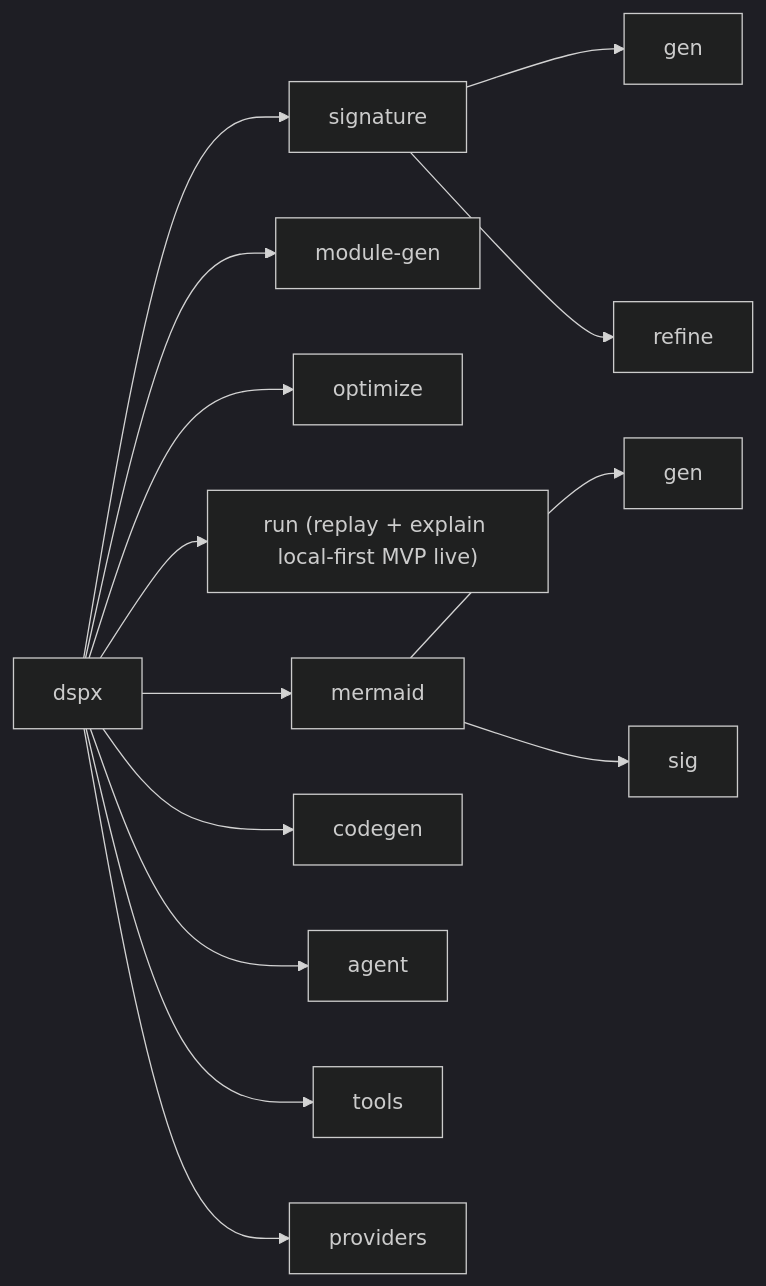
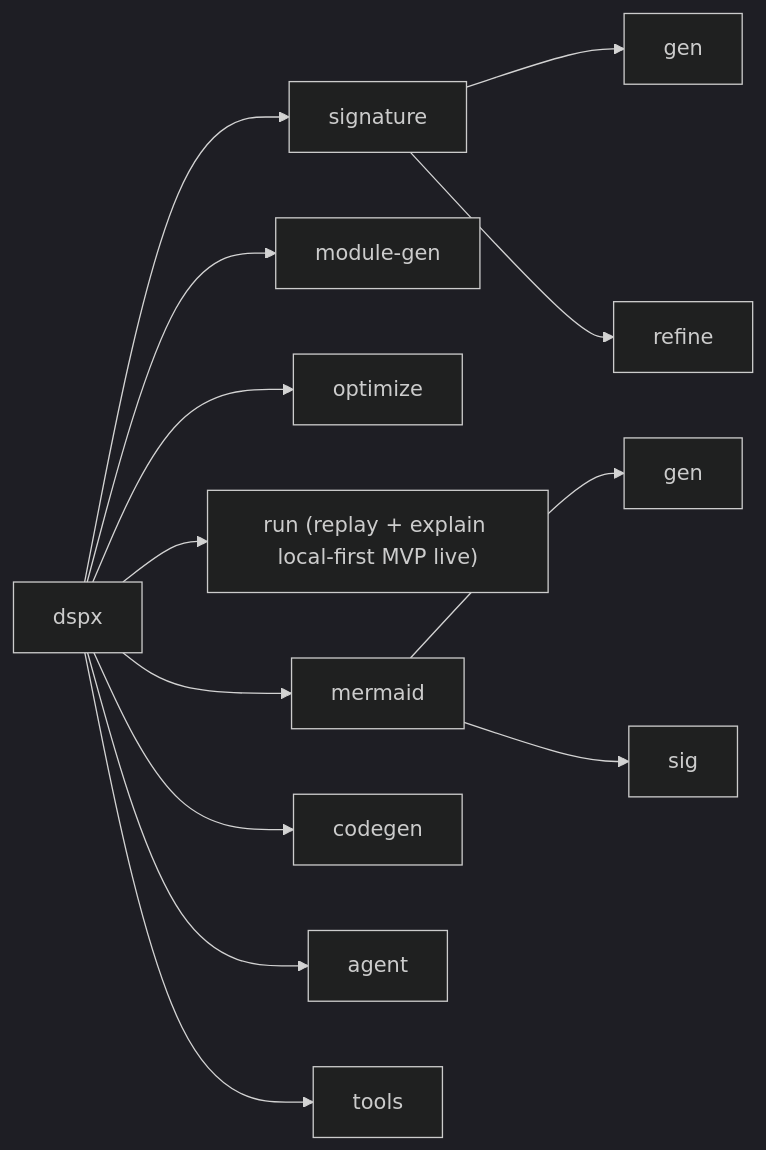
One commit to tryingET/dspx changed the second of 6 diagrams in docs/ARCHITECTURE.md. Above: the diagram before and after it, drawn with Mermaid (dark theme). The commit also changed other lines of this file and 166 other files, not shown here.

````diff
--- a/docs/ARCHITECTURE.md
+++ b/docs/ARCHITECTURE.md
@@ -117,16 +52,15 @@
 ```mermaid
 graph LR
   DSPX["dspx"] --> Sig["signature"]
   Sig --> SigGen["gen"]
   Sig --> SigRef["refine"]
   DSPX --> Mod["module-gen"]
   DSPX --> Opt["optimize"]
   DSPX --> Run["run (replay + explain local-first MVP live)"]
   DSPX --> Mermaid["mermaid"]
   Mermaid --> MGen["gen"]
   Mermaid --> MSig["sig"]
   DSPX --> Code["codegen"]
   DSPX --> Agent["agent"]
   DSPX --> Tools["tools"]
-  DSPX --> Prov["providers"]
 ```
````
